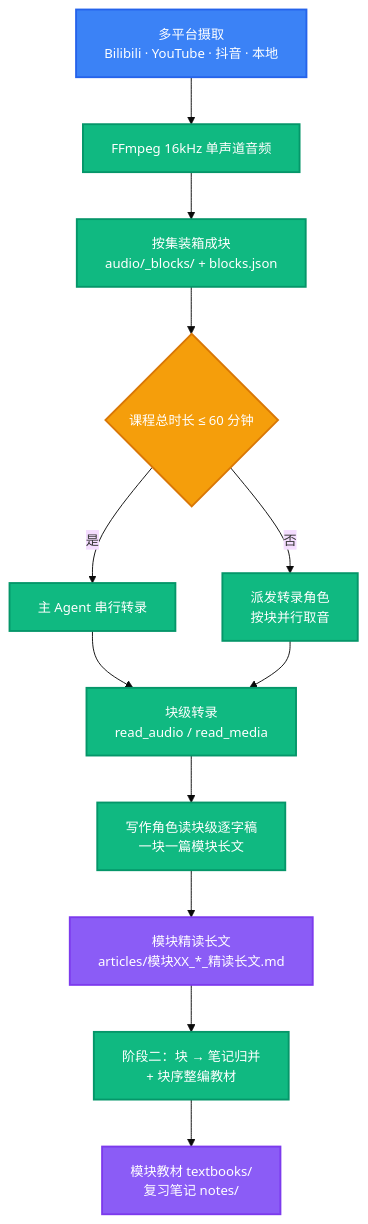
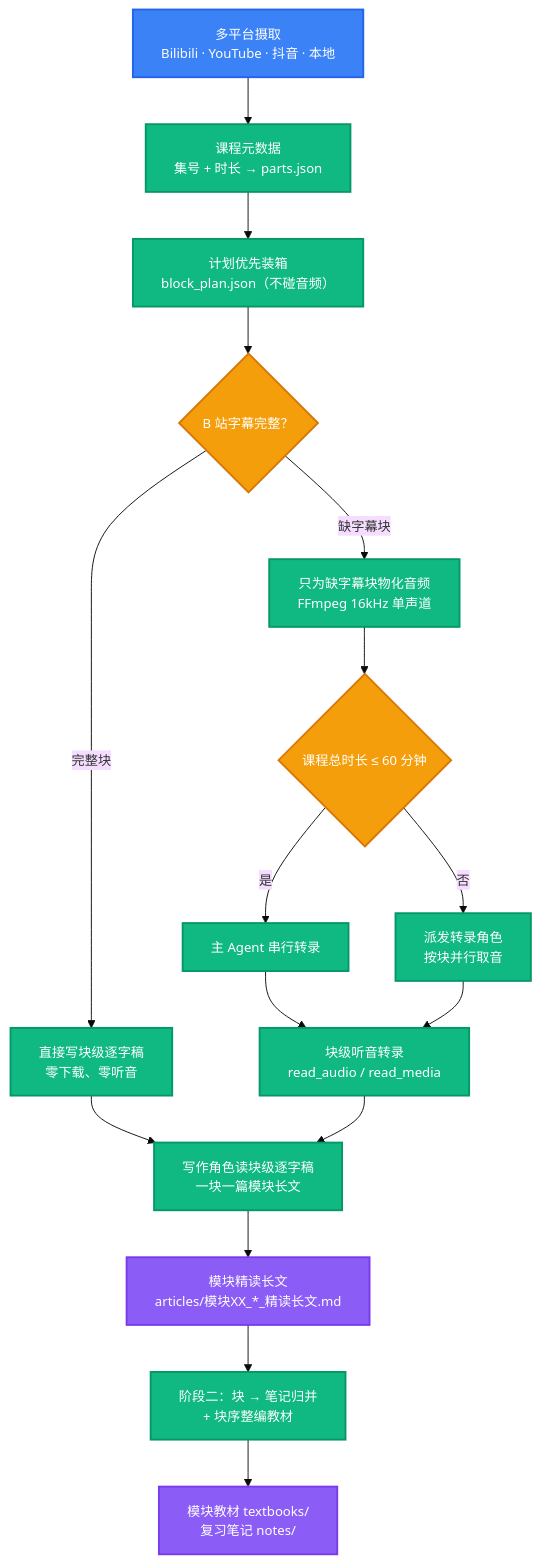
The diagram in README.md (LINJIANG12/video2book), drawn with Mermaid before and after one commit. The commit also changed other lines of this file and 45 other files, not shown here.

````diff
--- a/README.md
+++ b/README.md
@@ -175,25 +176,29 @@
 ```mermaid
 %%{init: {'theme': 'base', 'themeVariables': {'fontSize': '14px'}}}%%
 flowchart TD
-    A[多平台摄取<br/>Bilibili · YouTube · 抖音 · 本地] --> B[FFmpeg 16kHz 单声道音频]
-    B --> M[按集装箱成块<br/>audio/_blocks/ + blocks.json]
-    M --> C{课程总时长 ≤ 60 分钟}
+    A[多平台摄取<br/>Bilibili · YouTube · 抖音 · 本地] --> B[课程元数据<br/>集号 + 时长 → parts.json]
+    B --> M[计划优先装箱<br/>block_plan.json（不碰音频）]
+    M --> S{B 站字幕完整？}
+    S -->|完整块| T[直接写块级逐字稿<br/>零下载、零听音]
+    S -->|缺字幕块| N[只为缺字幕块物化音频<br/>FFmpeg 16kHz 单声道]
+    N --> C{课程总时长 ≤ 60 分钟}
     C -->|是| D[主 Agent 串行转录]
     C -->|否| E[派发转录角色<br/>按块并行取音]
-    D --> F[块级转录<br/>read_audio / read_media]
+    D --> F[块级听音转录<br/>read_audio / read_media]
     E --> F
-    F --> W[写作角色读块级逐字稿<br/>一块一篇模块长文]
+    T --> W[写作角色读块级逐字稿<br/>一块一篇模块长文]
+    F --> W
     W --> G[模块精读长文<br/>articles/模块XX_*_精读长文.md]
     G --> H[阶段二：块 → 笔记归并<br/>+ 块序整编教材]
     H --> I[模块教材 textbooks/<br/>复习笔记 notes/]
 
     classDef start fill:#3B82F6,stroke:#2563EB,color:#fff,stroke-width:2px
     classDef process fill:#10B981,stroke:#059669,color:#fff,stroke-width:2px
     classDef decision fill:#F59E0B,stroke:#D97706,color:#fff,stroke-width:2px
     classDef data fill:#8B5CF6,stroke:#7C3AED,color:#fff,stroke-width:2px
 
     class A start
-    class B,M,D,E,F,S,W,H process
-    class C decision
+    class B,M,T,N,D,E,F,W,H process
+    class S,C decision
     class G,I data
 ```
````
